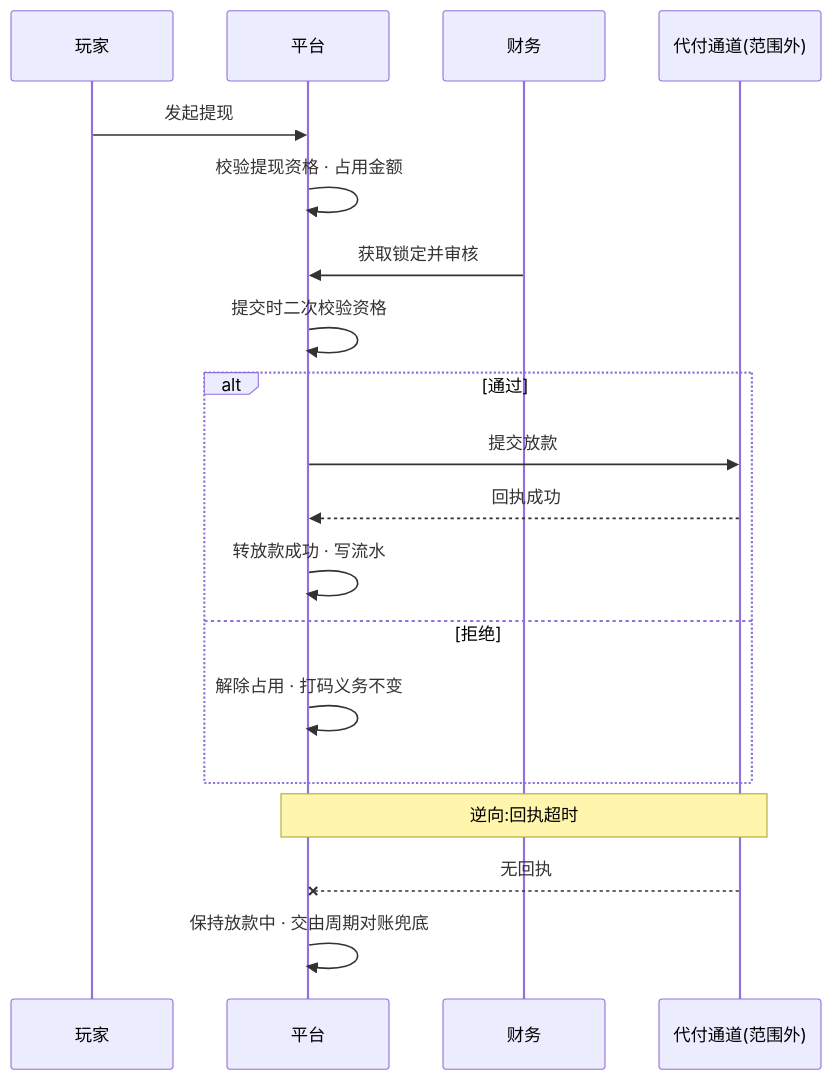
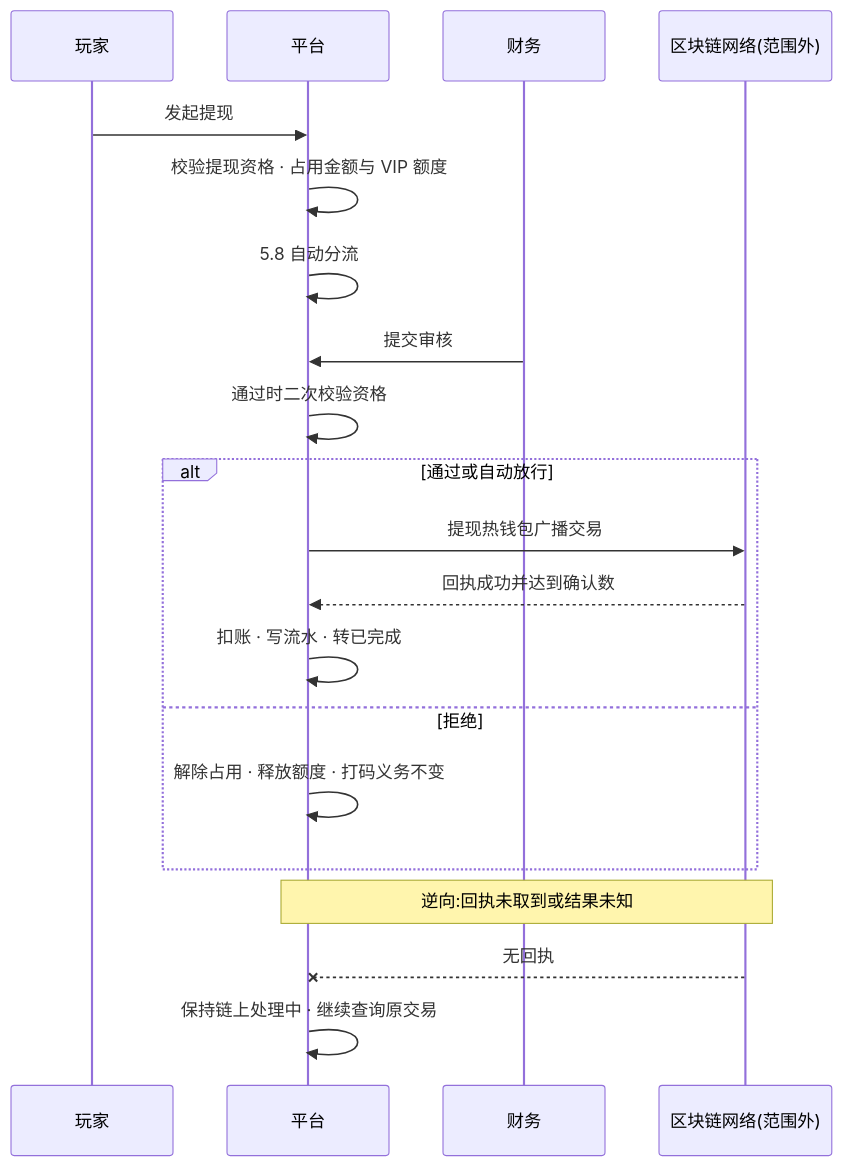
Before and after one commit to bingo-lab-1/bingo-figma: the second of 2 diagrams in M5-财务管理/5.1-提现订单/README.md, drawn with Mermaid. The commit also changed other lines of this file and 157 other files, not shown here.

````diff
--- a/M5-财务管理/5.1-提现订单/README.md
+++ b/M5-财务管理/5.1-提现订单/README.md
@@ -370,24 +377,25 @@
 ```mermaid
 sequenceDiagram
     participant 玩家
     participant 平台
     participant 财务
-    participant 通道 as 代付通道(范围外)
+    participant 链 as 区块链网络(范围外)
 
     玩家->>平台: 发起提现
-    平台->>平台: 校验提现资格 · 占用金额
-    财务->>平台: 获取锁定并审核
-    平台->>平台: 提交时二次校验资格
+    平台->>平台: 校验提现资格 · 占用金额与 VIP 额度
+    平台->>平台: 5.8 自动分流
+    财务->>平台: 提交审核
+    平台->>平台: 通过时二次校验资格
 
-    alt 通过
-        平台->>通道: 提交放款
-        通道-->>平台: 回执成功
-        平台->>平台: 转放款成功 · 写流水
+    alt 通过或自动放行
+        平台->>链: 提现热钱包广播交易
+        链-->>平台: 回执成功并达到确认数
+        平台->>平台: 扣账 · 写流水 · 转已完成
     else 拒绝
-        平台->>平台: 解除占用 · 打码义务不变
+        平台->>平台: 解除占用 · 释放额度 · 打码义务不变
     end
 
-    Note over 平台,通道: 逆向:回执超时
-    通道--x平台: 无回执
-    平台->>平台: 保持放款中 · 交由周期对账兜底
+    Note over 平台,链: 逆向:回执未取到或结果未知
+    链--x平台: 无回执
+    平台->>平台: 保持链上处理中 · 继续查询原交易
 ```
````
